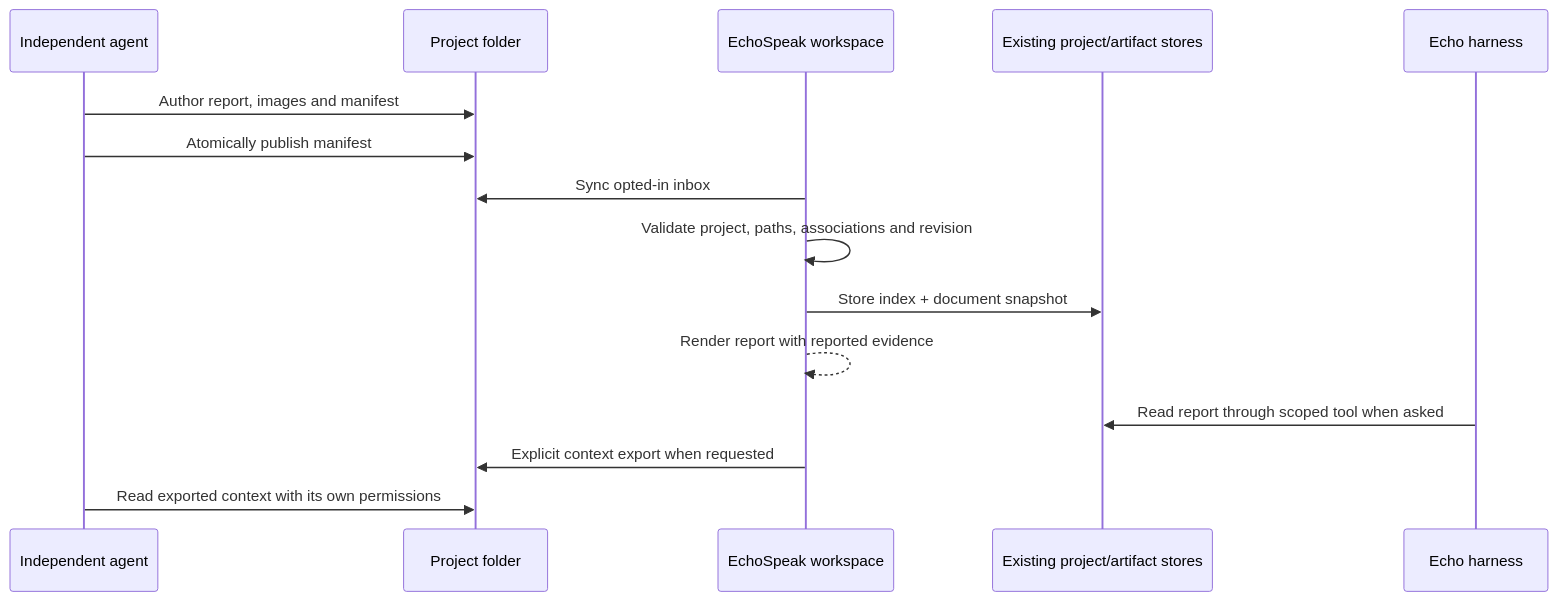
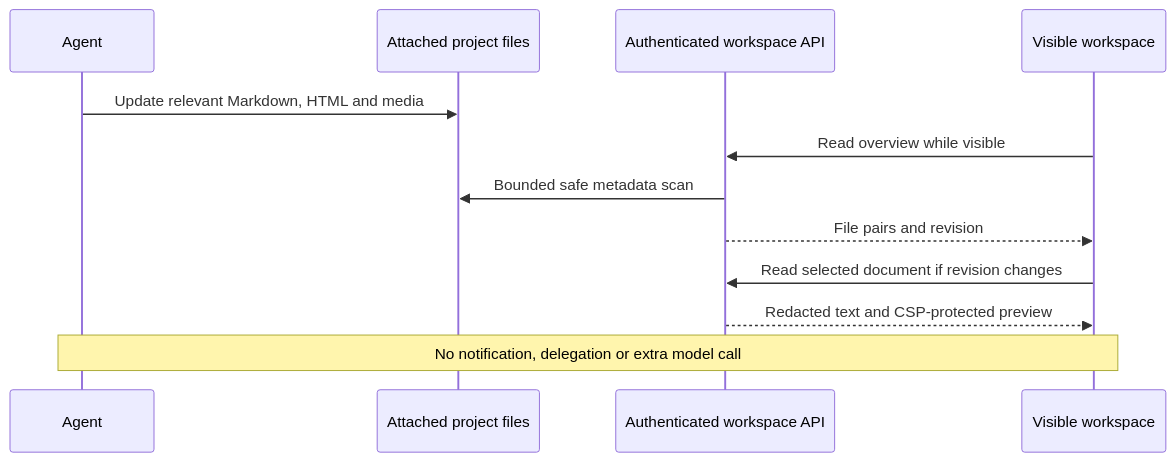
The second of 2 diagrams in docs/PROJECT_WORKSPACE.md (Ty0x7/EchoSpeak), drawn with Mermaid before and after one commit. The commit also changed other lines of this file and 33 other files, not shown here.

Commit message:
Discover project documentation directly and simplify visual workspace

````diff
--- a/docs/PROJECT_WORKSPACE.md
+++ b/docs/PROJECT_WORKSPACE.md
@@ -129,17 +100,14 @@
 ```mermaid
 sequenceDiagram
-  participant A as Independent agent
-  participant F as Project folder
-  participant W as EchoSpeak workspace
-  participant S as Existing project/artifact stores
-  participant E as Echo harness
-  A->>F: Author report, images and manifest
-  A->>F: Atomically publish manifest
-  W->>F: Sync opted-in inbox
-  W->>W: Validate project, paths, associations and revision
-  W->>S: Store index + document snapshot
-  W-->>W: Render report with reported evidence
-  E->>S: Read report through scoped tool when asked
-  W->>F: Explicit context export when requested
-  A->>F: Read exported context with its own permissions
+    participant Agent
+    participant Files as Attached project files
+    participant API as Authenticated workspace API
+    participant UI as Visible workspace
+    Agent->>Files: Update relevant Markdown, HTML and media
+    UI->>API: Read overview while visible
+    API->>Files: Bounded safe metadata scan
+    API-->>UI: File pairs and revision
+    UI->>API: Read selected document if revision changes
+    API-->>UI: Redacted text and CSP-protected preview
+    Note over Agent,UI: No notification, delegation or extra model call
 ```
````
